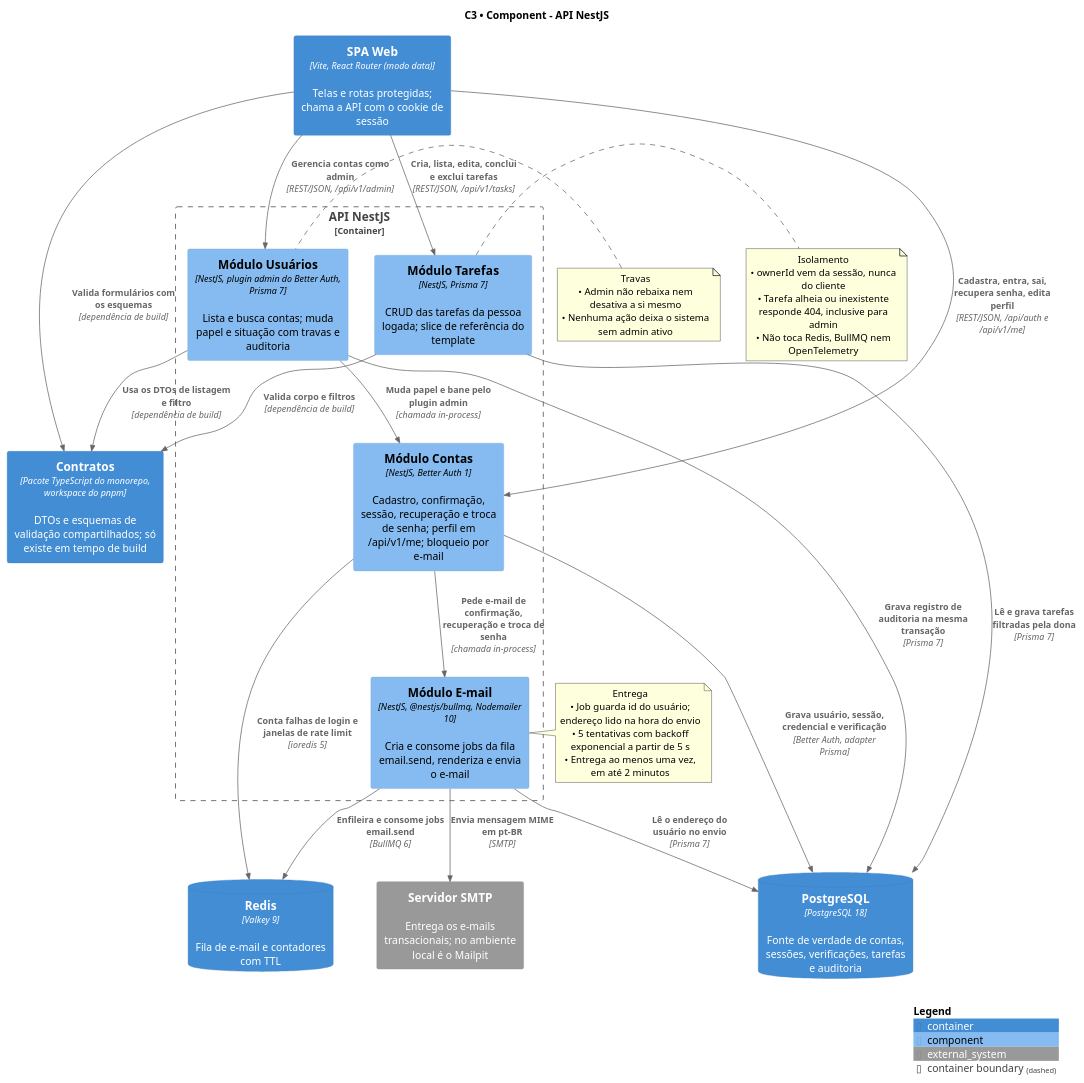
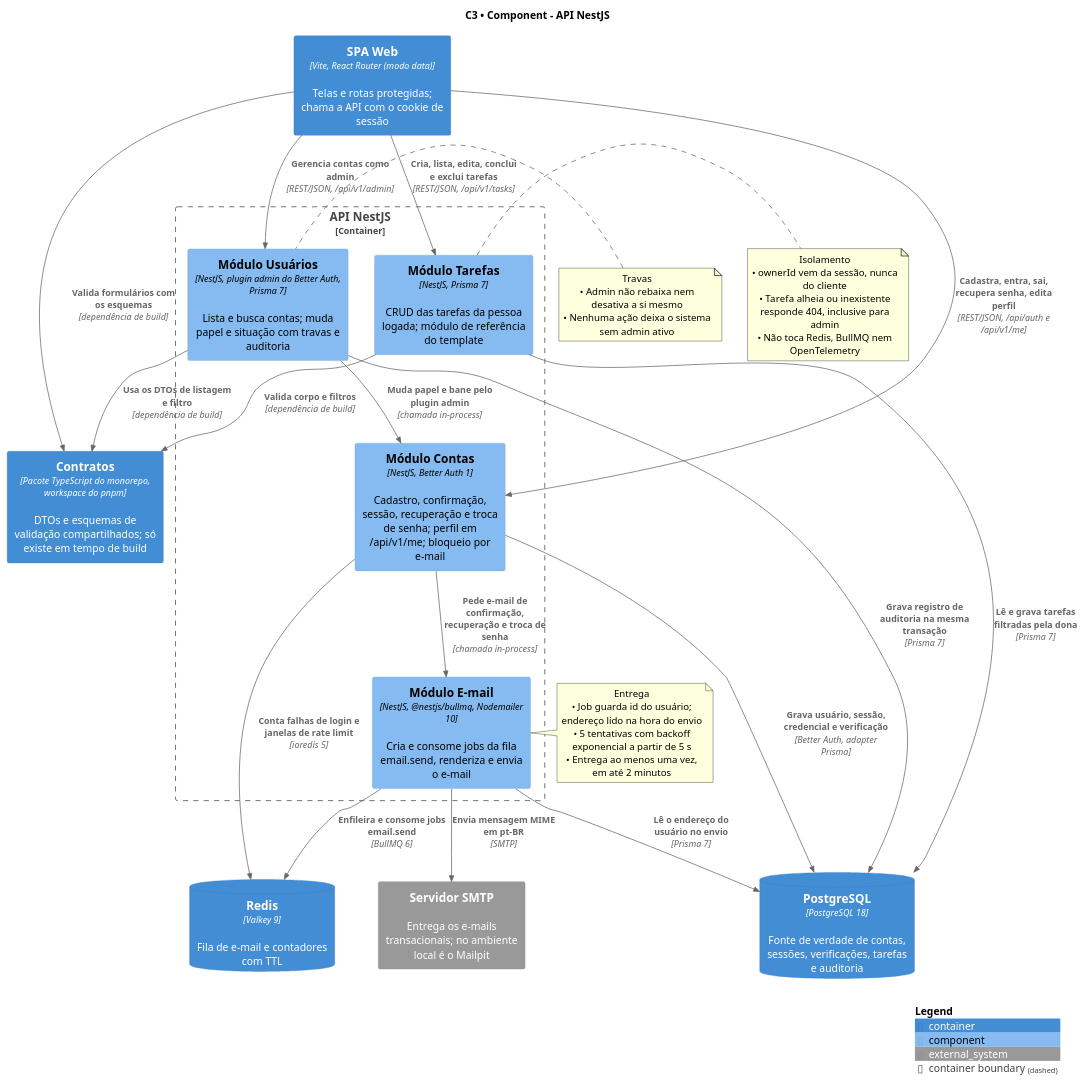
Before and after one commit to maiconsouza89/ai-template-harness-nestj-react-monorepo: the diagram in docs/architecture/diagrams/template-web-c3.puml, drawn with PlantUML. The commit also changed 8 other files, not shown here.

First line of the commit message:
docs(architecture): adota clean architecture com casos de uso na api (#7)

```diff
--- a/docs/architecture/diagrams/template-web-c3.puml
+++ b/docs/architecture/diagrams/template-web-c3.puml
@@ -1,59 +1,59 @@
 @startuml template-web-c3
 !pragma charset UTF-8
 !include <C4/C4_Component>
 
 title C3 • Component - API NestJS
 LAYOUT_TOP_DOWN()
 
 Container(web, "SPA Web", "Vite, React Router (modo data)", "Telas e rotas protegidas; chama a API com o cookie de sessão")
 Container(ctr, "Contratos", "Pacote TypeScript do monorepo, workspace do pnpm", "DTOs e esquemas de validação compartilhados; só existe em tempo de build")
 
 Container_Boundary(api, "API NestJS") {
   Component(contas, "Módulo Contas", "NestJS, Better Auth 1", "Cadastro, confirmação, sessão, recuperação e troca de senha; perfil em /api/v1/me; bloqueio por e-mail")
   Component(usuarios, "Módulo Usuários", "NestJS, plugin admin do Better Auth, Prisma 7", "Lista e busca contas; muda papel e situação com travas e auditoria")
-  Component(tarefas, "Módulo Tarefas", "NestJS, Prisma 7", "CRUD das tarefas da pessoa logada; slice de referência do template")
+  Component(tarefas, "Módulo Tarefas", "NestJS, Prisma 7", "CRUD das tarefas da pessoa logada; módulo de referência do template")
   Component(email, "Módulo E-mail", "NestJS, @nestjs/bullmq, Nodemailer 10", "Cria e consome jobs da fila email.send, renderiza e envia o e-mail")
 }
 
 ContainerDb(pg, "PostgreSQL", "PostgreSQL 18", "Fonte de verdade de contas, sessões, verificações, tarefas e auditoria")
 ContainerDb(rds, "Redis", "Valkey 9", "Fila de e-mail e contadores com TTL")
 System_Ext(smtp, "Servidor SMTP", "Entrega os e-mails transacionais; no ambiente local é o Mailpit")
 
 Rel(web, contas, "Cadastra, entra, sai, recupera senha, edita perfil", "REST/JSON, /api/auth e /api/v1/me")
 Rel(web, usuarios, "Gerencia contas como admin", "REST/JSON, /api/v1/admin")
 Rel(web, tarefas, "Cria, lista, edita, conclui e exclui tarefas", "REST/JSON, /api/v1/tasks")
 Rel(web, ctr, "Valida formulários com os esquemas", "dependência de build")
 Rel(usuarios, ctr, "Usa os DTOs de listagem e filtro", "dependência de build")
 Rel(tarefas, ctr, "Valida corpo e filtros", "dependência de build")
 Rel(contas, pg, "Grava usuário, sessão, credencial e verificação", "Better Auth, adapter Prisma")
 Rel(contas, rds, "Conta falhas de login e janelas de rate limit", "ioredis 5")
 Rel(contas, email, "Pede e-mail de confirmação, recuperação e troca de senha", "chamada in-process")
 Rel(usuarios, contas, "Muda papel e bane pelo plugin admin", "chamada in-process")
 Rel(usuarios, pg, "Grava registro de auditoria na mesma transação", "Prisma 7")
 Rel(tarefas, pg, "Lê e grava tarefas filtradas pela dona", "Prisma 7")
 Rel(email, rds, "Enfileira e consome jobs email.send", "BullMQ 6")
 Rel(email, pg, "Lê o endereço do usuário no envio", "Prisma 7")
 Rel(email, smtp, "Envia mensagem MIME em pt-BR", "SMTP")
 
 note right of tarefas
   Isolamento
   • ownerId vem da sessão, nunca do cliente
   • Tarefa alheia ou inexistente responde 404, inclusive para admin
   • Não toca Redis, BullMQ nem OpenTelemetry
 end note
 
 note right of email
   Entrega
   • Job guarda id do usuário; endereço lido na hora do envio
   • 5 tentativas com backoff exponencial a partir de 5 s
   • Entrega ao menos uma vez, em até 2 minutos
 end note
 
 note left of usuarios
   Travas
   • Admin não rebaixa nem desativa a si mesmo
   • Nenhuma ação deixa o sistema sem admin ativo
 end note
 
 SHOW_LEGEND()
 @enduml
```
